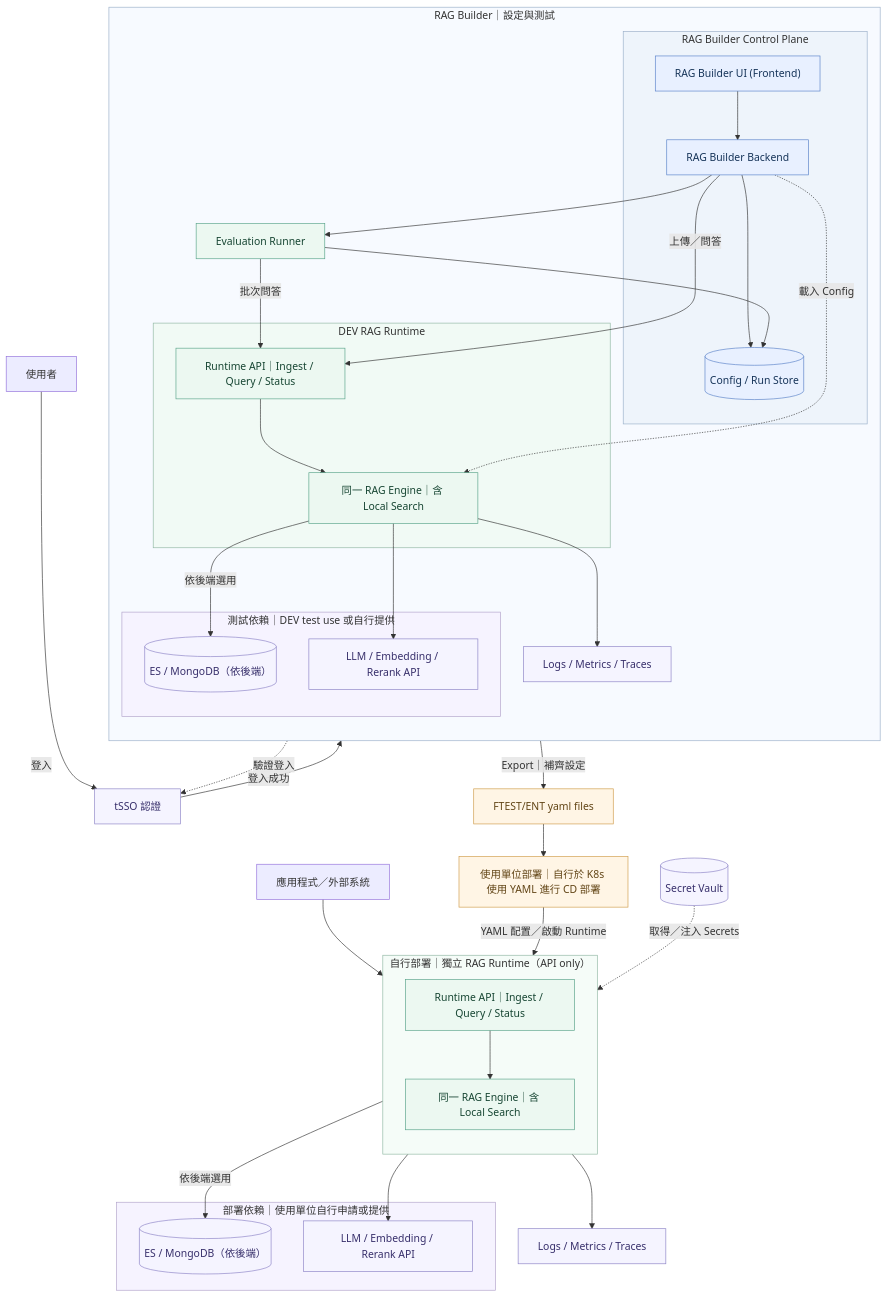
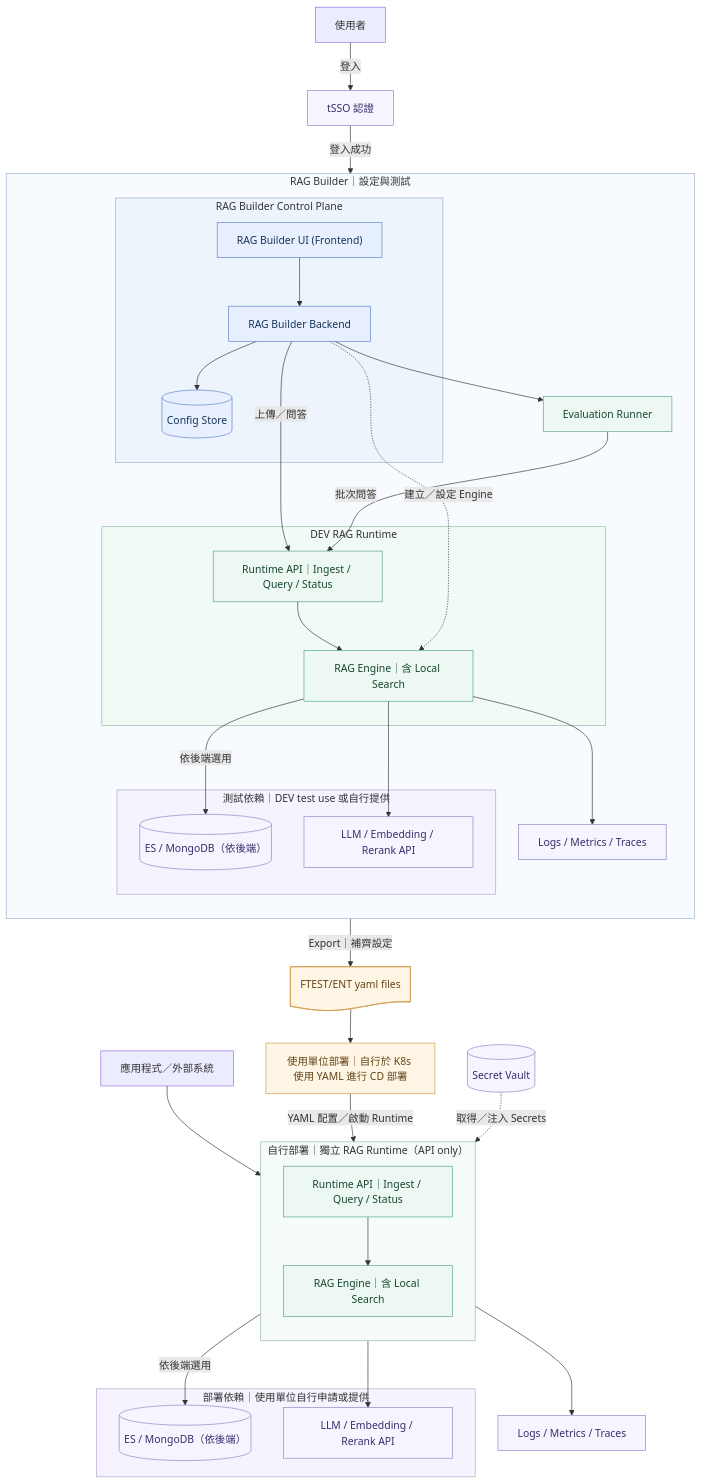
One commit to SunnyWenwen/rag_platform changed the diagram in diagrams/02_infra_architecture.mmd. Above: the diagram before and after it, drawn with Mermaid. The commit also changed other lines of this file and 3 other files, not shown here.

Commit message:
docs: simplify Infra links and clarify Engine instance creation

```diff
--- a/diagrams/02_infra_architecture.mmd
+++ b/diagrams/02_infra_architecture.mmd
@@ -1,74 +1,74 @@
 flowchart TB
   %% Target architecture; tSSO, Runtime, Secret Vault and CD integration are not implemented in the Prototype.
   %% tSSO edges show the login/authentication relationship, not a proxy for every business request.
   %% Frontend and Backend form the RAG Builder Control Plane; Config/Validator/service settings/Export are Backend functions.
+  %% Backend initiates System-scoped execution-instance setup; the DEV Runtime composes the Pipeline from Config.
+  %% Config Store is shown here; execution-record persistence and authentication details are omitted.
   %% Both Runtime environments use the same versioned Engine and API contract.
   %% Local Search lives inside the Engine; optional MongoDB persists Chunks/vectors, not the search operation.
   %% The independent Runtime boundary contains only Runtime API and Engine; dependencies, Vault and observability are external.
 
   USER["使用者"] -->|登入| SSO["tSSO 認證"]
   SSO -->|登入成功| UI
 
   subgraph DEV["RAG Builder｜設定與測試"]
     direction TB
     subgraph CP["RAG Builder Control Plane"]
       UI["RAG Builder UI (Frontend)"] --> BACKEND["RAG Builder Backend"]
-      BACKEND --> META[("Config / Run Store")]
+      BACKEND --> META[("Config Store")]
     end
 
     BACKEND -->|"上傳／問答"| DAPI
     BACKEND --> EVAL["Evaluation Runner"]
     EVAL -->|"批次問答"| DAPI
-    EVAL --> META
 
     subgraph SANDBOX["DEV RAG Runtime"]
-      DAPI["Runtime API｜Ingest / Query / Status"] --> DENGINE["同一 RAG Engine｜含 Local Search"]
-      BACKEND -.->|"載入 Config"| DENGINE
+      DAPI["Runtime API｜Ingest / Query / Status"] --> DENGINE["RAG Engine｜含 Local Search"]
+      BACKEND -.->|"建立／設定 Engine"| DENGINE
     end
 
     DENGINE --> DOBS["Logs / Metrics / Traces"]
 
     subgraph DRES["測試依賴｜DEV test use 或自行提供"]
       DSEARCH[("ES / MongoDB（依後端）")]
       DMODEL["LLM / Embedding / Rerank API"]
     end
     DENGINE -->|"依後端選用"| DSEARCH
     DENGINE --> DMODEL
   end
 
-  BACKEND -.->|驗證登入| SSO
-  BACKEND -->|"Export｜補齊設定"| FILES["FTEST/ENT yaml files"]
+  BACKEND -->|"Export｜補齊設定"| FILES@{ shape: doc, label: "FTEST/ENT yaml files" }
   FILES --> DEPLOY["使用單位部署｜自行於 K8s 使用 YAML 進行 CD 部署"]
 
   APP["應用程式／外部系統"] --> RAPI
   DEPLOY -->|"YAML 配置／啟動 Runtime"| PENGINE
 
   subgraph PROD["自行部署｜獨立 RAG Runtime（API only）"]
     direction TB
-    RAPI["Runtime API｜Ingest / Query / Status"] --> PENGINE["同一 RAG Engine｜含 Local Search"]
+    RAPI["Runtime API｜Ingest / Query / Status"] --> PENGINE["RAG Engine｜含 Local Search"]
   end
 
   VAULT[("Secret Vault")] -.->|"取得／注入 Secrets"| PENGINE
   PENGINE --> POBS["Logs / Metrics / Traces"]
 
   subgraph PRES["部署依賴｜使用單位自行申請或提供"]
     PSEARCH[("ES / MongoDB（依後端）")]
     PMODEL["LLM / Embedding / Rerank API"]
   end
   PENGINE -->|"依後端選用"| PSEARCH
   PENGINE --> PMODEL
 
   classDef control fill:#e8f0ff,stroke:#5881c8,color:#163459
   classDef runtime fill:#ecf8f1,stroke:#58a389,color:#174633
   classDef resource fill:#f5f4ff,stroke:#8c83c6,color:#372f6b
   classDef delivery fill:#fff5e5,stroke:#cf9b4a,color:#624516
   class UI,BACKEND,META control
   class DAPI,DENGINE,EVAL,RAPI,PENGINE runtime
   class SSO,VAULT,DSEARCH,DMODEL,PSEARCH,PMODEL,DOBS,POBS resource
   class FILES,DEPLOY delivery
   style DEV fill:#f7faff,stroke:#9aafc9
   style CP fill:#eef4fb,stroke:#9aafc9
   style SANDBOX fill:#f1faf5,stroke:#90b7a3
   style DRES fill:#f6f3ff,stroke:#b1a3ca
   style PROD fill:#f5fcf8,stroke:#90b7a3
   style PRES fill:#f6f3ff,stroke:#b1a3ca
```
